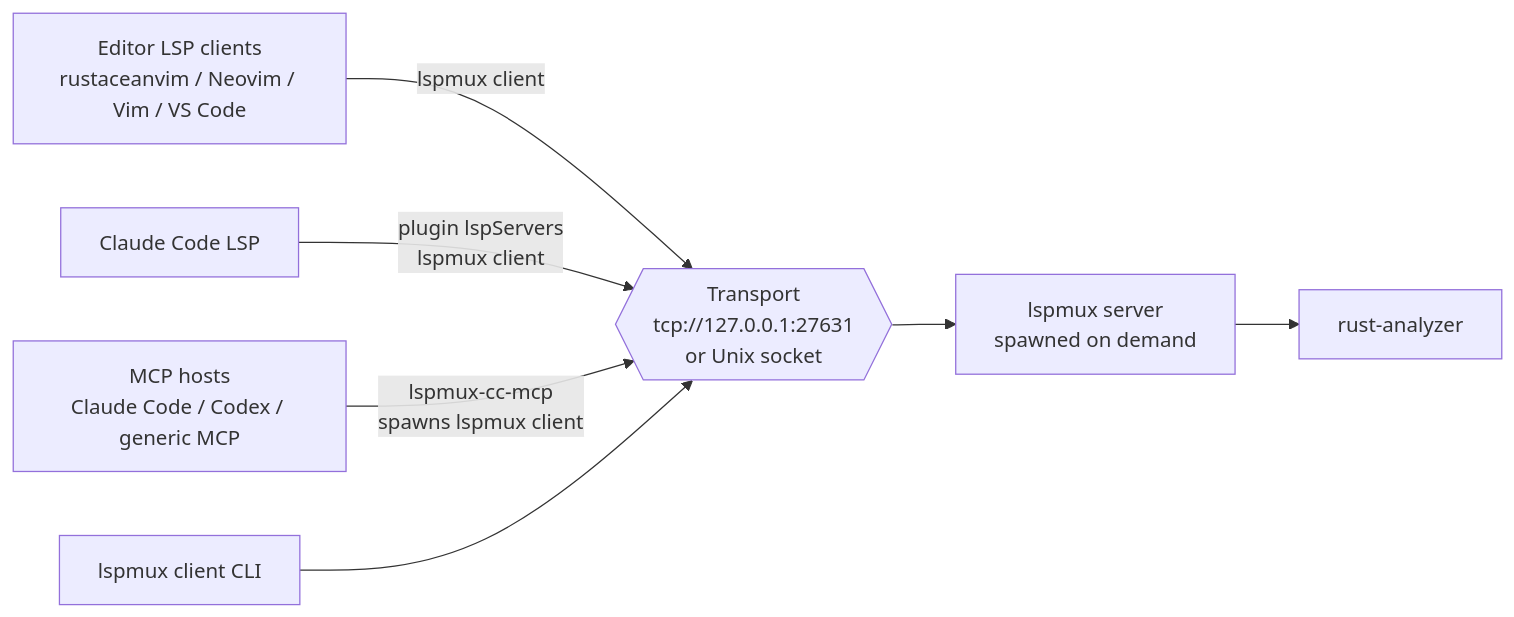
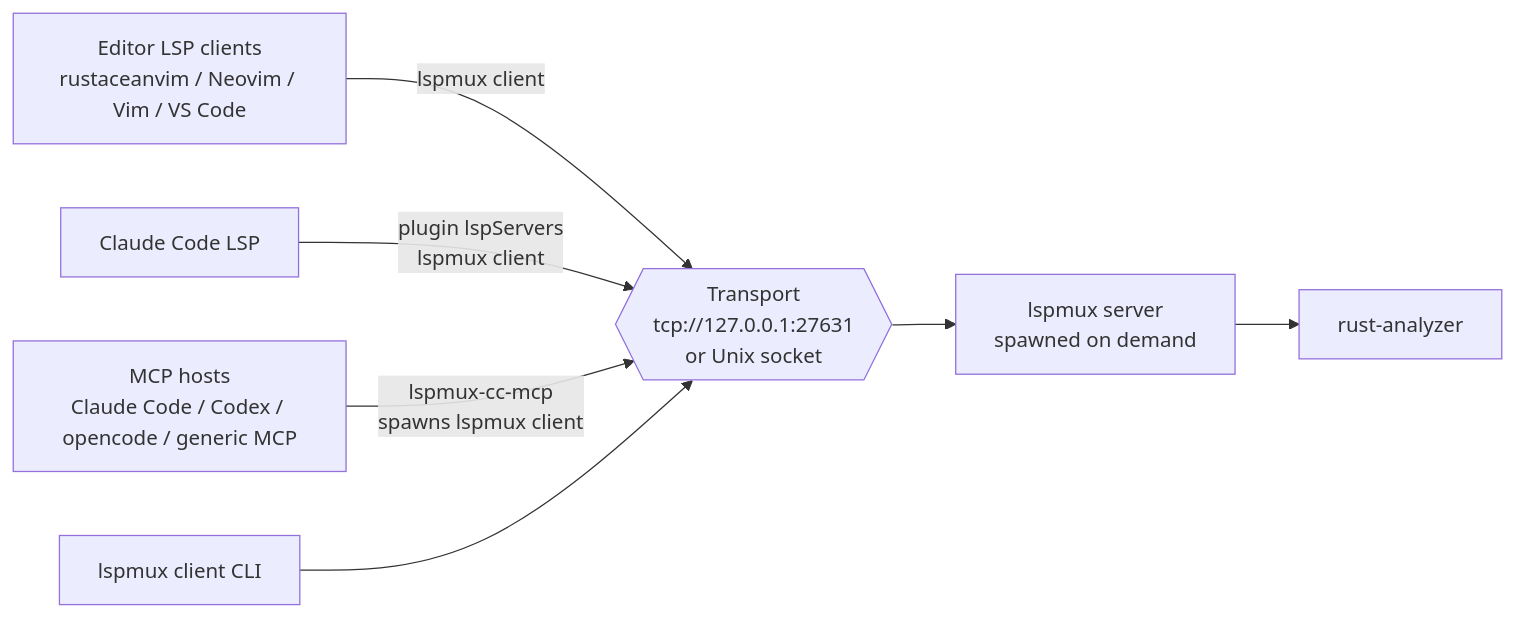
One commit to billf/lspmux-cc changed the diagram in README.md. Above: the diagram before and after it, drawn with Mermaid. The commit also changed other lines of this file and 3 other files, not shown here.

First line of the commit message:
Add opencode host integration (MCP + optional LSP)

````diff
--- a/README.md
+++ b/README.md
@@ -11,10 +11,10 @@
 ```mermaid
 graph LR
     NV[Editor LSP clients<br/>rustaceanvim / Neovim / Vim / VS Code] -->|lspmux client| EP
     CC[Claude Code LSP] -->|plugin lspServers<br/>lspmux client| EP
-    MCP[MCP hosts<br/>Claude Code / Codex / generic MCP] -->|lspmux-cc-mcp<br/>spawns lspmux client| EP
+    MCP[MCP hosts<br/>Claude Code / Codex / opencode / generic MCP] -->|lspmux-cc-mcp<br/>spawns lspmux client| EP
     CLI[lspmux client CLI] --> EP
     EP{{Transport<br/>tcp://127.0.0.1:27631<br/>or Unix socket}}
     EP --> S[lspmux server<br/>spawned on demand]
     S --> RA[rust-analyzer]
 ```
````
